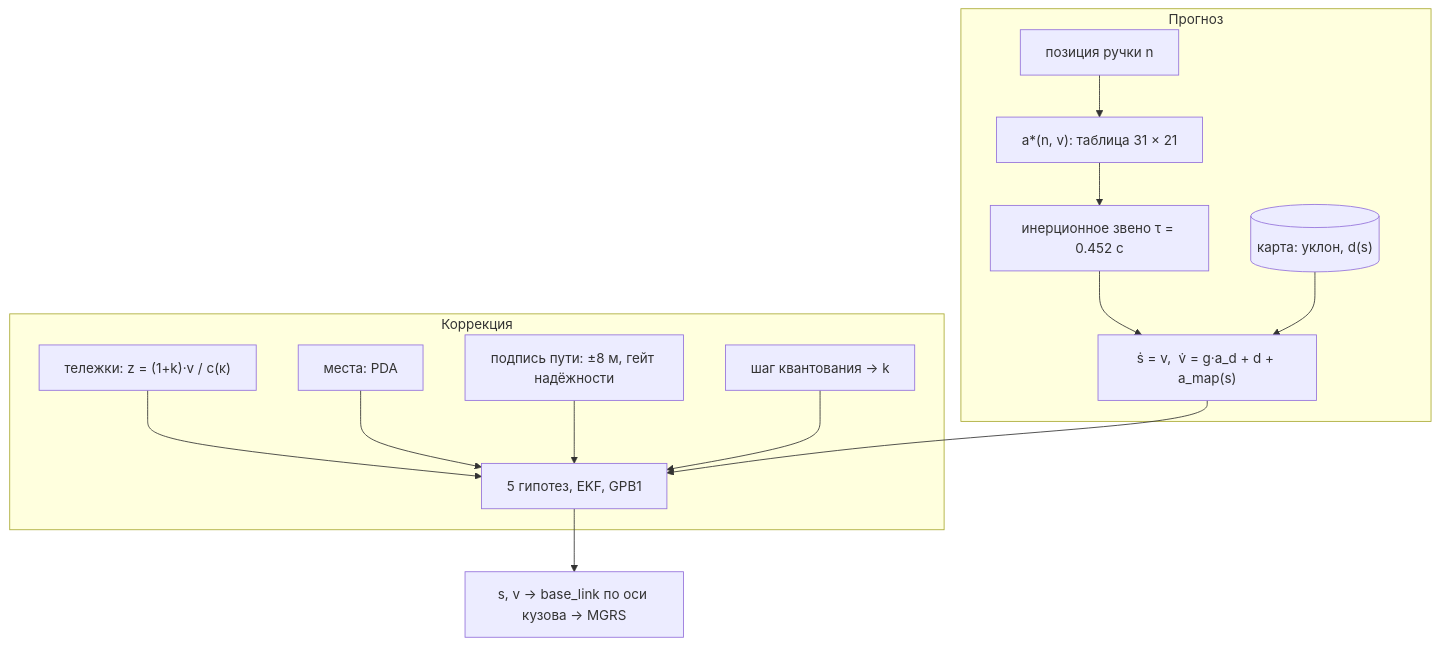
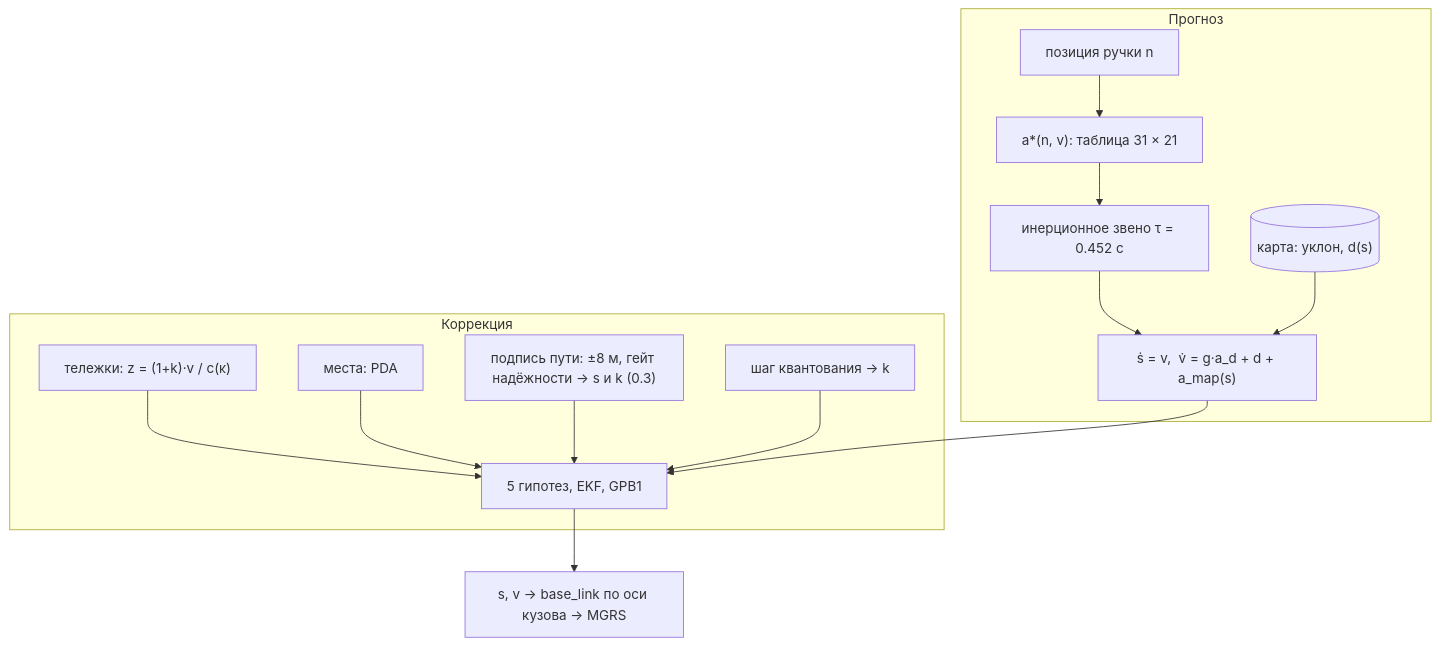
One commit to Kvascs/67-time-to-win-hack changed the diagram in docs/MODEL.md. Above: the diagram before and after it, drawn with Mermaid. The commit also changed other lines of this file and 51 other files, not shown here.

````diff
--- a/docs/MODEL.md
+++ b/docs/MODEL.md
@@ -32,15 +33,15 @@
 ```mermaid
 flowchart TB
     subgraph PRED["Прогноз"]
         N["позиция ручки n"] --> A["a*(n, v): таблица 31 × 21"] --> L["инерционное звено τ = 0.452 с"]
         L --> DYN["ṡ = v,  v̇ = g·a_d + d + a_map(s)"]
         M[("карта: уклон, d(s)")] --> DYN
     end
     subgraph CORR["Коррекция"]
         WH["тележки: z = (1+k)·v / c(κ)"] --> GPB["5 гипотез, EKF, GPB1"]
         PL["места: PDA"] --> GPB
-        RS["подпись пути: ±8 м, гейт надёжности"] --> GPB
+        RS["подпись пути: ±8 м, гейт надёжности → s и k (0.3)"] --> GPB
         Q["шаг квантования → k"] --> GPB
     end
     DYN --> GPB --> OUT["s, v → base_link по оси кузова → MGRS"]
 ```
````
